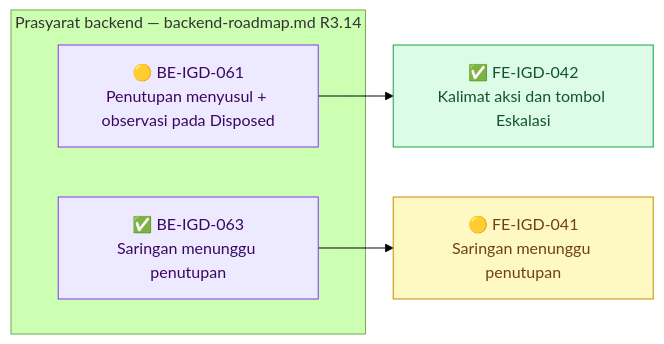
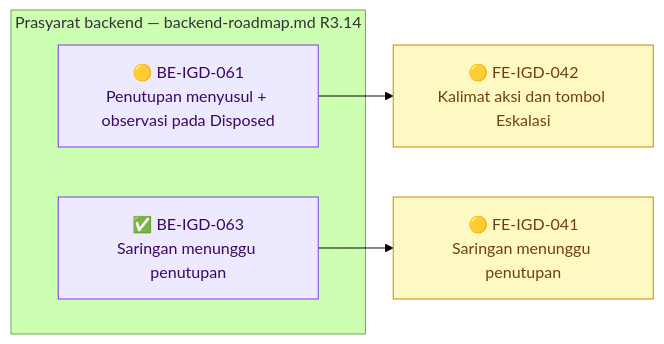
Before and after one commit to DevBenari/NewQuilvianSystemBackend: diagram 12 of 12 in docs/module-blueprints/igd/roadmap/frontend-roadmap.md, drawn with Mermaid (forest theme). The commit also changed other lines of this file and 17 other files, not shown here.

````diff
--- a/docs/module-blueprints/igd/roadmap/frontend-roadmap.md
+++ b/docs/module-blueprints/igd/roadmap/frontend-roadmap.md
@@ -1609,19 +1609,19 @@
 ```mermaid
 flowchart LR
     classDef selesai fill:#DCFCE7,stroke:#16A34A,color:#14532D
     classDef sebagian fill:#FEF9C3,stroke:#CA8A04,color:#713F12
     classDef terblokir fill:#FEE2E2,stroke:#DC2626,color:#7F1D1D
     classDef belum fill:#F1F5F9,stroke:#64748B,color:#0F172A
     classDef luar fill:#EDE9FE,stroke:#7C3AED,color:#3B0764
 
     subgraph backend14["Prasyarat backend — backend-roadmap.md R3.14"]
         BEIGD061X["🟡 BE-IGD-061<br/>Penutupan menyusul + observasi pada Disposed"]:::luar
         BEIGD063X["✅ BE-IGD-063<br/>Saringan menunggu penutupan"]:::luar
     end
 
     FEIGD041["🟡 FE-IGD-041<br/>Saringan menunggu penutupan"]:::sebagian
-    FEIGD042["✅ FE-IGD-042<br/>Kalimat aksi dan tombol Eskalasi"]:::selesai
+    FEIGD042["🟡 FE-IGD-042<br/>Kalimat aksi dan tombol Eskalasi"]:::sebagian
 
     BEIGD063X --> FEIGD041
     BEIGD061X --> FEIGD042
 ```
````
